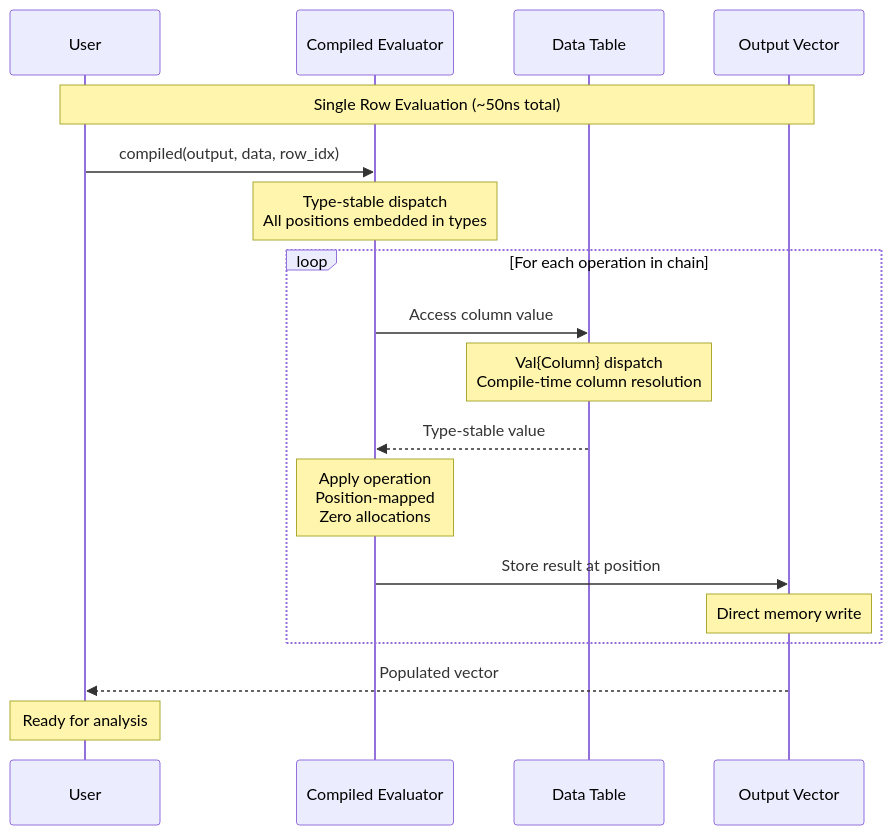
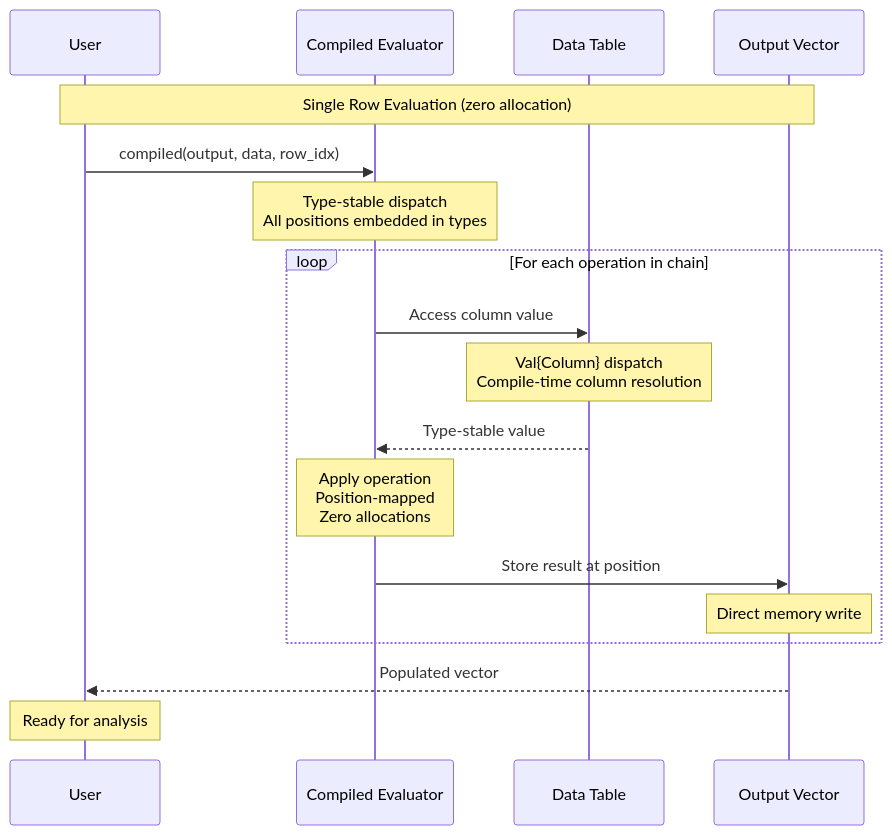
Before and after one commit to emfeltham/FormulaCompiler.jl: the diagram in dev/assets/src_guide_performance_diagram_4.mmd, drawn with Mermaid. The commit also changed 36 other files, not shown here.

```diff
--- a/dev/assets/src_guide_performance_diagram_4.mmd
+++ b/dev/assets/src_guide_performance_diagram_4.mmd
@@ -1,23 +1,23 @@
 sequenceDiagram
     participant User
     participant Compiled as Compiled Evaluator
     participant Data as Data Table
     participant Output as Output Vector
     
-    Note over User,Output: Single Row Evaluation (~50ns total)
+    Note over User,Output: Single Row Evaluation (zero allocation)
     
     User->>Compiled: compiled(output, data, row_idx)
     Note over Compiled: Type-stable dispatch<br>All positions embedded in types
     
     loop For each operation in chain
         Compiled->>Data: Access column value
         Note over Data: Val{Column} dispatch<br>Compile-time column resolution
         Data-->>Compiled: Type-stable value
         
         Note over Compiled: Apply operation<br>Position-mapped<br>Zero allocations
         Compiled->>Output: Store result at position
         Note over Output: Direct memory write
     end
     
     Output-->>User: Populated vector
     Note over User: Ready for analysis
```
